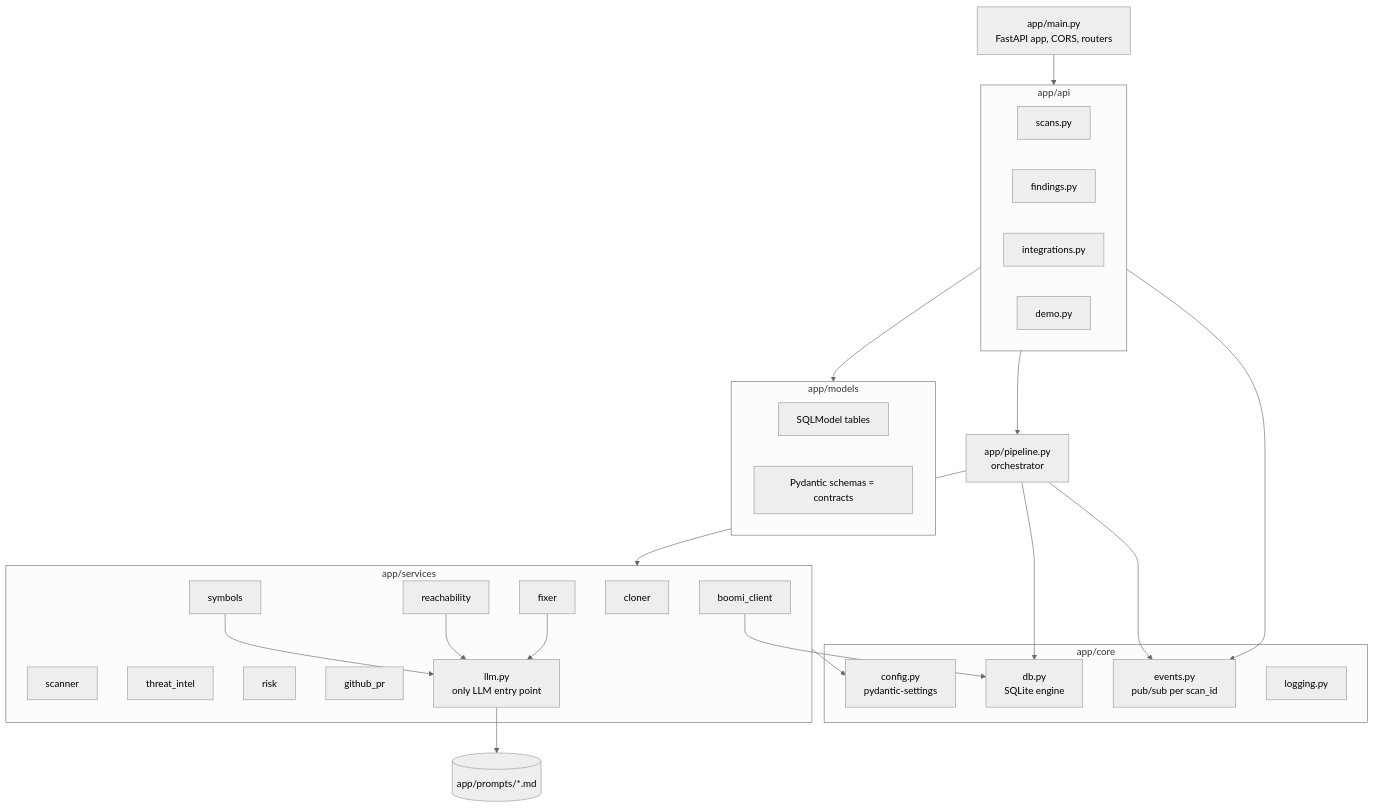
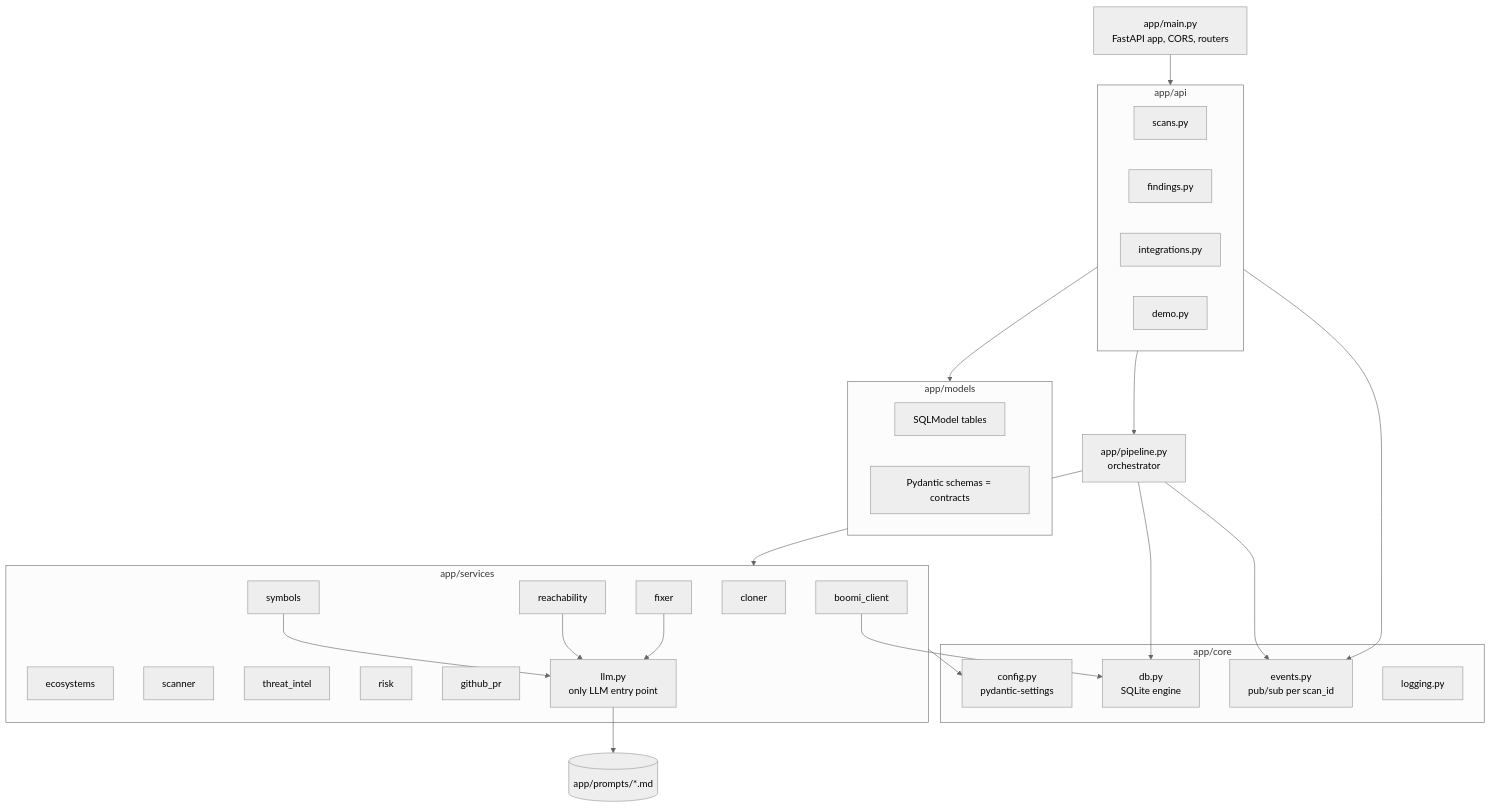
The fifth of 11 diagrams in docs/DIAGRAMS.md (BommepalliRoop/patchpilot-dryrun), drawn with Mermaid (neutral theme) before and after one commit. The commit also changed other lines of this file and 26 other files, not shown here.

````diff
--- a/docs/DIAGRAMS.md
+++ b/docs/DIAGRAMS.md
@@ -179,48 +179,49 @@
 ```mermaid
 flowchart TB
     main[app/main.py<br/>FastAPI app, CORS, routers]
     subgraph api[app/api]
         scans[scans.py]
         findings[findings.py]
         integrations[integrations.py]
         demo[demo.py]
     end
     subgraph core[app/core]
         config[config.py<br/>pydantic-settings]
         db[db.py<br/>SQLite engine]
         events[events.py<br/>pub/sub per scan_id]
         logging[logging.py]
     end
     subgraph models[app/models]
         tables[SQLModel tables]
         schemas[Pydantic schemas = contracts]
     end
     pipeline[app/pipeline.py<br/>orchestrator]
     subgraph services[app/services]
         cloner
+        ecosystems
         scanner
         threat_intel
         symbols
         reachability
         risk
         fixer
         github_pr
         boomi_client
         llm[llm.py<br/>only LLM entry point]
     end
     prompts[(app/prompts/*.md)]
 
     main --> api
     api --> models
     api --> pipeline
     api --> events
     pipeline --> services
     pipeline --> events
     pipeline --> db
     symbols --> llm
     reachability --> llm
     fixer --> llm
     llm --> prompts
     services --> config
     boomi_client --> db
 ```
````
